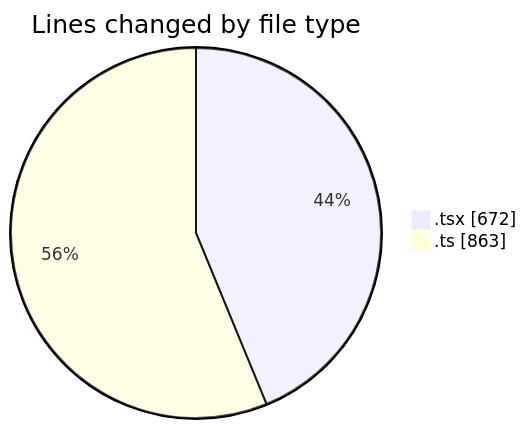
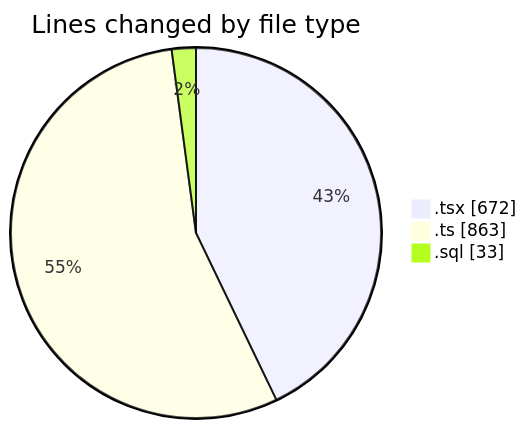
Before and after one commit to lephambinh05/code-tracking: the first of 2 diagrams in 2025-09-05/hiai-phf/README.md, drawn with Mermaid. The commit also changed other lines of this file and 1 other file, not shown here.

````diff
--- a/2025-09-05/hiai-phf/README.md
+++ b/2025-09-05/hiai-phf/README.md
@@ -34,6 +35,7 @@
 ```mermaid
 pie showData
 title Lines changed by file type
 ".tsx" : 672
 ".ts" : 863
+".sql" : 33
 ```
````
